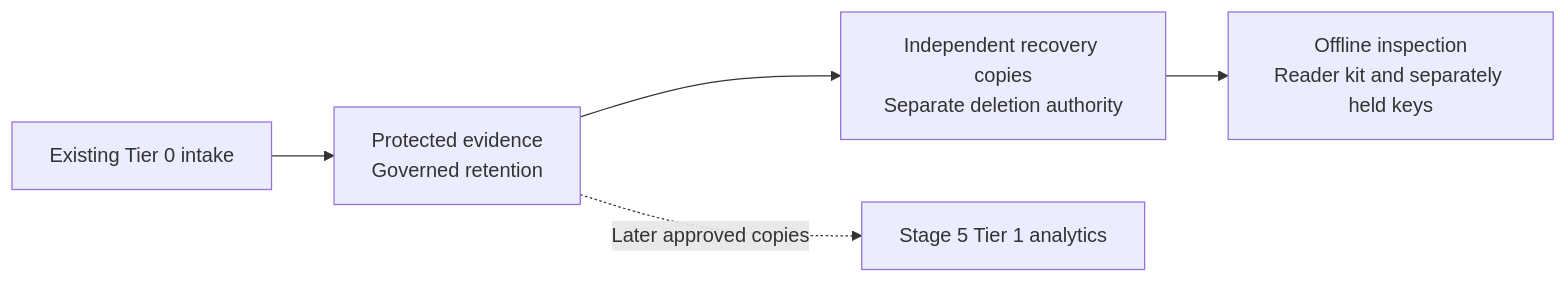
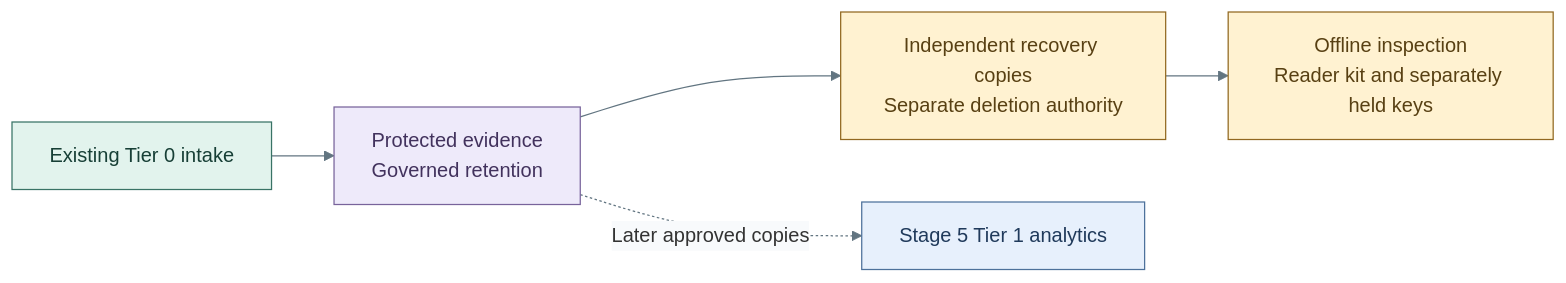
One commit to Rexus/homelab changed the third of 3 diagrams in docs/deployment/stage-1-logging/README.md. Above: the diagram before and after it, drawn with Mermaid. The commit also changed other lines of this file and 49 other files, not shown here.

Commit message:
docs(diagrams): clarify tier layouts and visual styles

````diff
--- a/docs/deployment/stage-1-logging/README.md
+++ b/docs/deployment/stage-1-logging/README.md
@@ -128,7 +144,17 @@
 ```mermaid
+%%{init: {"theme":"base","themeVariables":{"lineColor":"#627581","edgeLabelBackground":"#f8fafc"}}}%%
 flowchart LR
   Intake["Existing Tier 0 intake"] --> Evidence["Protected evidence<br/>Governed retention"]
   Evidence --> Copy["Independent recovery copies<br/>Separate deletion authority"]
   Copy --> Offline["Offline inspection<br/>Reader kit and separately held keys"]
   Evidence -. Later approved copies .-> Search["Stage 5 Tier 1 analytics"]
+  classDef default fill:#f8fafc,stroke:#64748b,color:#1f2937
+  classDef control fill:#e2f3ed,stroke:#397366,color:#173f36
+  classDef data fill:#eeeafa,stroke:#78639b,color:#42325d
+  classDef custody fill:#fff2d1,stroke:#926820,color:#584013
+  classDef services fill:#e7f0fc,stroke:#4d719b,color:#203a5b
+  class Intake control
+  class Evidence data
+  class Copy,Offline custody
+  class Search services
 ```
````
